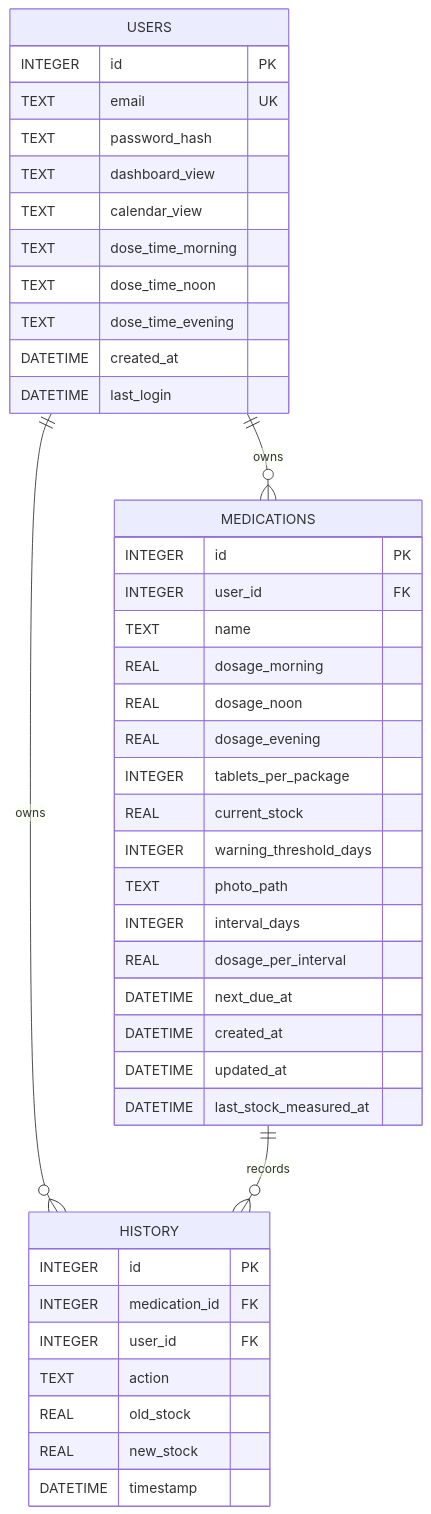
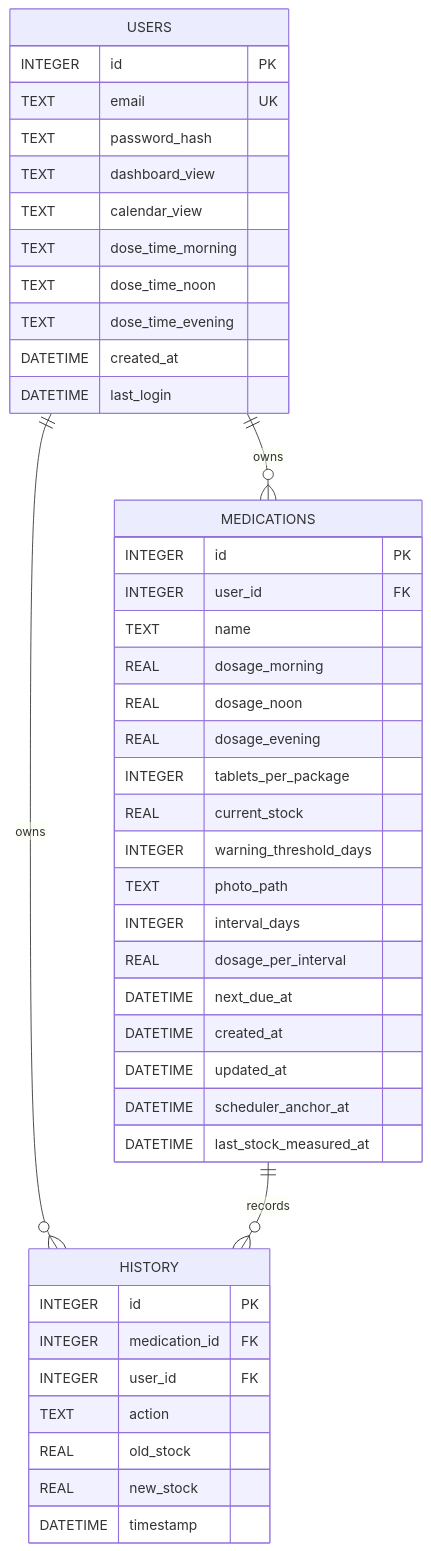
One commit to oliverbenduhn/tabletto changed the diagram in docs/data-model.md. Above: the diagram before and after it, drawn with Mermaid. The commit also changed other lines of this file and 44 other files, not shown here.

````diff
--- a/docs/data-model.md
+++ b/docs/data-model.md
@@ -12,48 +12,49 @@
 ```mermaid
 erDiagram
     USERS ||--o{ MEDICATIONS : owns
     USERS ||--o{ HISTORY : owns
     MEDICATIONS ||--o{ HISTORY : records
 
     USERS {
       INTEGER id PK
       TEXT email UK
       TEXT password_hash
       TEXT dashboard_view
       TEXT calendar_view
       TEXT dose_time_morning
       TEXT dose_time_noon
       TEXT dose_time_evening
       DATETIME created_at
       DATETIME last_login
     }
 
     MEDICATIONS {
       INTEGER id PK
       INTEGER user_id FK
       TEXT name
       REAL dosage_morning
       REAL dosage_noon
       REAL dosage_evening
       INTEGER tablets_per_package
       REAL current_stock
       INTEGER warning_threshold_days
       TEXT photo_path
       INTEGER interval_days
       REAL dosage_per_interval
       DATETIME next_due_at
       DATETIME created_at
       DATETIME updated_at
+      DATETIME scheduler_anchor_at
       DATETIME last_stock_measured_at
     }
 
     HISTORY {
       INTEGER id PK
       INTEGER medication_id FK
       INTEGER user_id FK
       TEXT action
       REAL old_stock
       REAL new_stock
       DATETIME timestamp
     }
 ```
````
